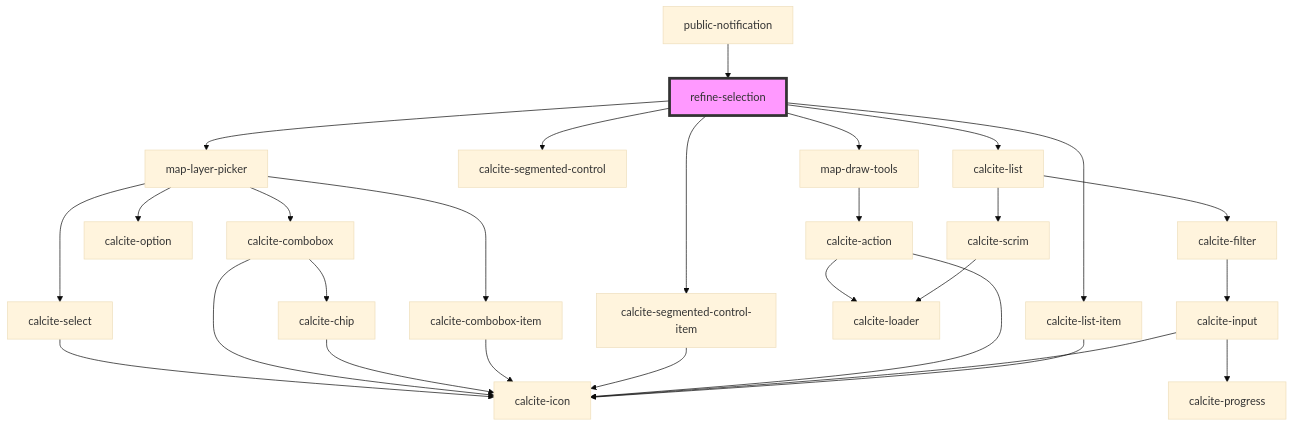
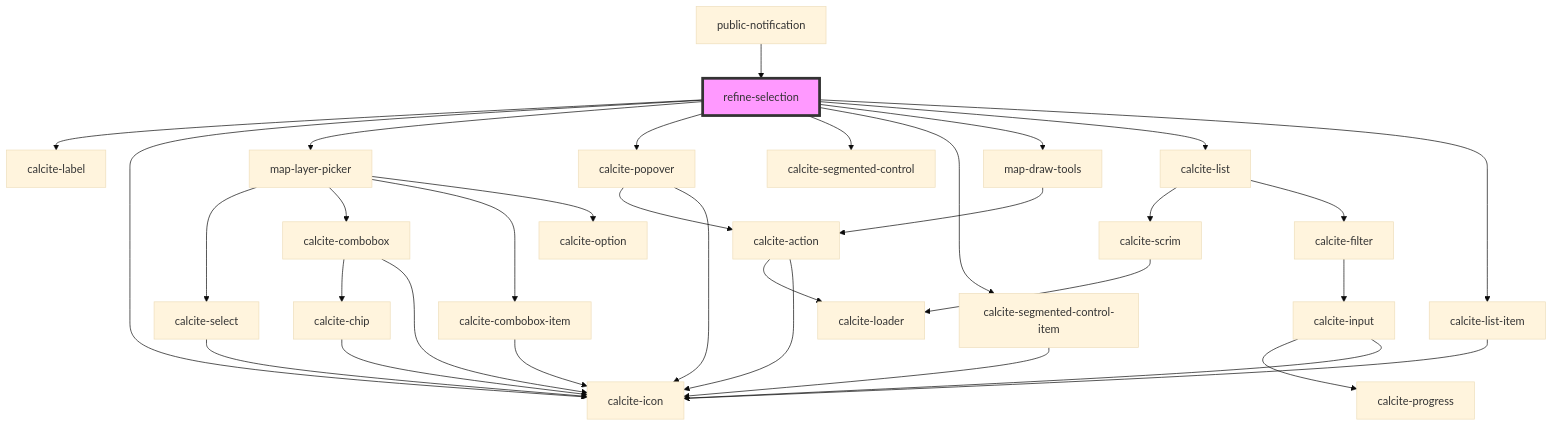
The diagram in src/components/refine-selection/readme.md (Esri/solutions-components), drawn with Mermaid (base theme) before and after one commit. The commit also changed other lines of this file and 4 other files, not shown here.

````diff
--- a/src/components/refine-selection/readme.md
+++ b/src/components/refine-selection/readme.md
@@ -45,31 +48,36 @@
 ```mermaid
 graph TD;
+  refine-selection --> calcite-label
+  refine-selection --> calcite-icon
   refine-selection --> map-layer-picker
+  refine-selection --> calcite-popover
   refine-selection --> calcite-segmented-control
   refine-selection --> calcite-segmented-control-item
   refine-selection --> map-draw-tools
   refine-selection --> calcite-list
   refine-selection --> calcite-list-item
   map-layer-picker --> calcite-select
   map-layer-picker --> calcite-combobox
   map-layer-picker --> calcite-combobox-item
   map-layer-picker --> calcite-option
   calcite-select --> calcite-icon
   calcite-combobox --> calcite-chip
   calcite-combobox --> calcite-icon
   calcite-chip --> calcite-icon
   calcite-combobox-item --> calcite-icon
+  calcite-popover --> calcite-action
+  calcite-popover --> calcite-icon
+  calcite-action --> calcite-loader
+  calcite-action --> calcite-icon
   calcite-segmented-control-item --> calcite-icon
   map-draw-tools --> calcite-action
-  calcite-action --> calcite-loader
-  calcite-action --> calcite-icon
   calcite-list --> calcite-scrim
   calcite-list --> calcite-filter
   calcite-scrim --> calcite-loader
   calcite-filter --> calcite-input
   calcite-input --> calcite-progress
   calcite-input --> calcite-icon
   calcite-list-item --> calcite-icon
   public-notification --> refine-selection
   style refine-selection fill:#f9f,stroke:#333,stroke-width:4px
 ```
````
